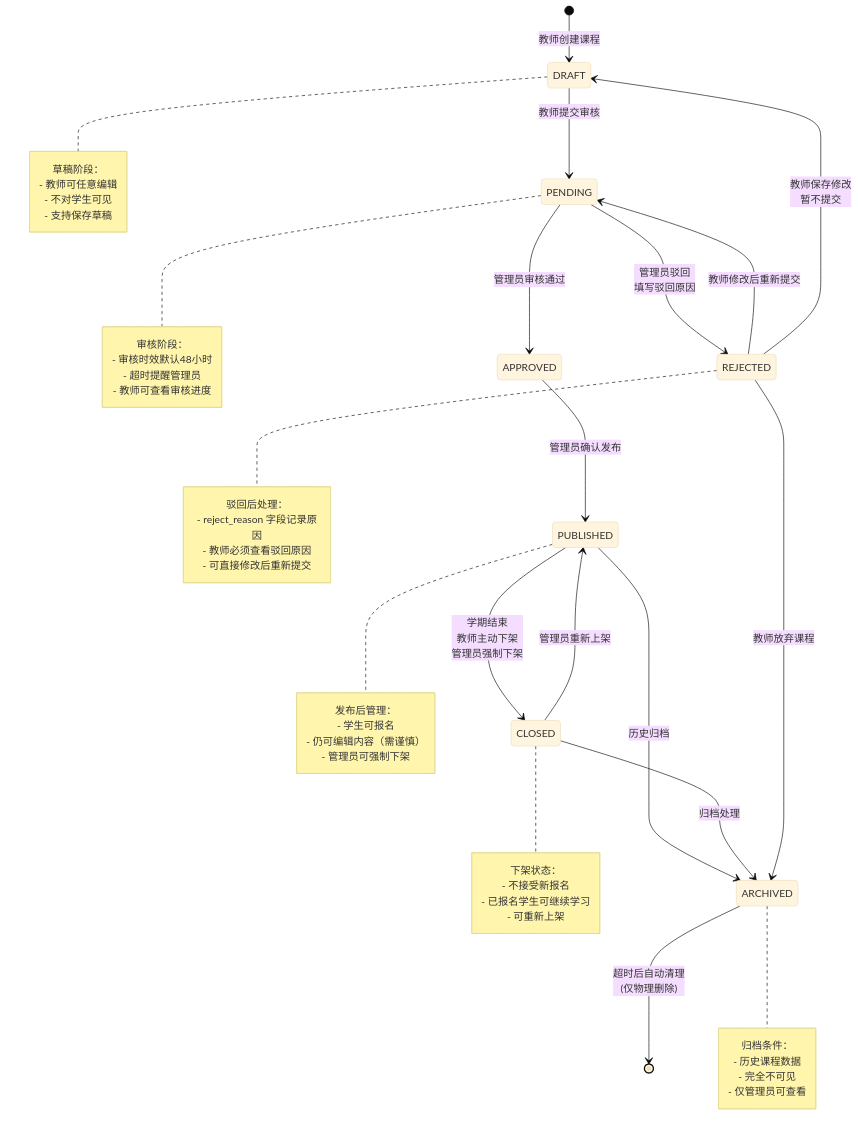
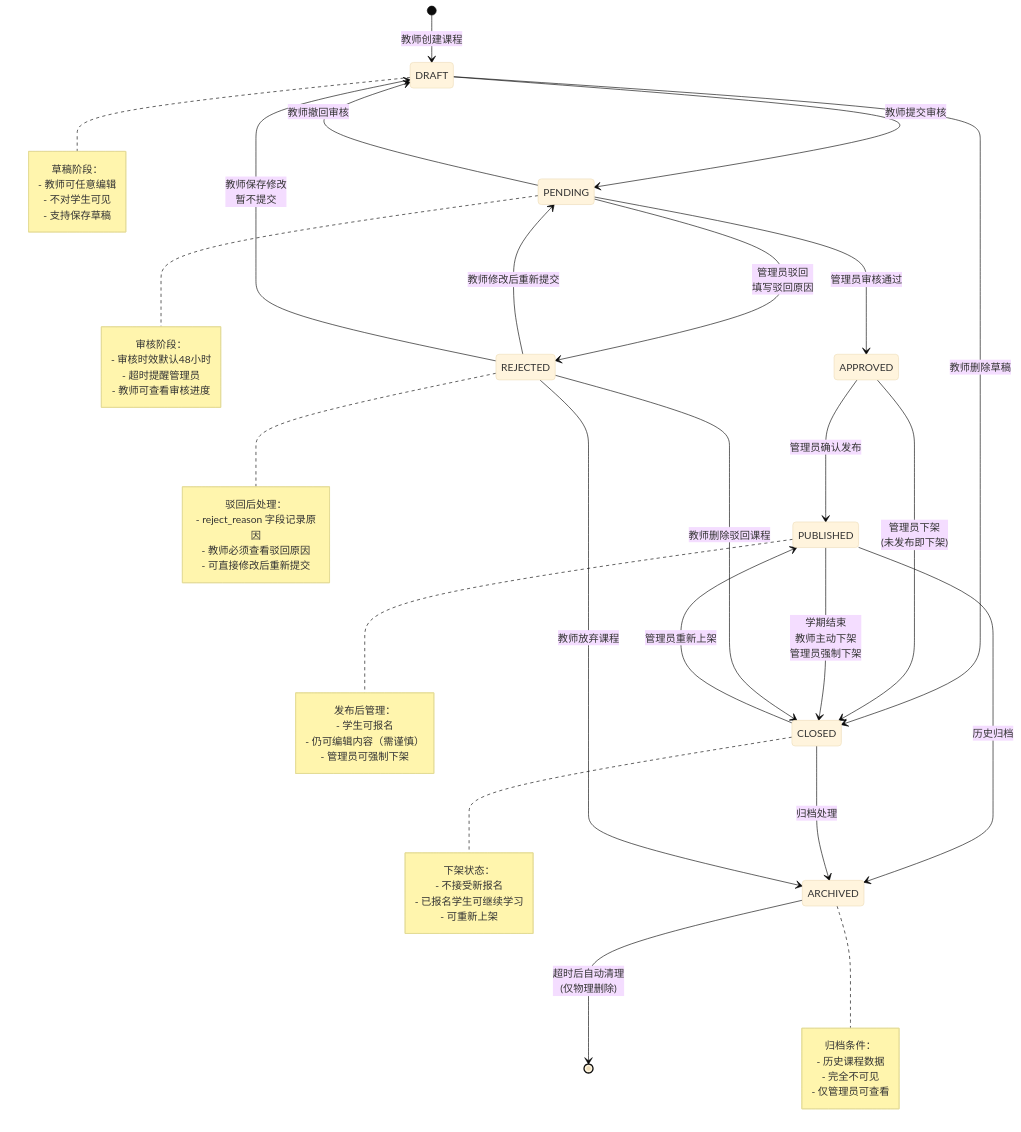
Before and after one commit to ailyedu2030/micro-course: the second of 8 diagrams in docs/状态机设计.md, drawn with Mermaid (base theme). The commit also changed 75 other files, not shown here.

````diff
--- a/docs/状态机设计.md
+++ b/docs/状态机设计.md
@@ -175,58 +175,62 @@
 ```mermaid
 stateDiagram-v2
     [*] --> DRAFT: 教师创建课程
     DRAFT --> PENDING: 教师提交审核
+    DRAFT --> CLOSED: 教师删除草稿
     PENDING --> APPROVED: 管理员审核通过
     PENDING --> REJECTED: 管理员驳回<br/>填写驳回原因
+    PENDING --> DRAFT: 教师撤回审核
     APPROVED --> PUBLISHED: 管理员确认发布
+    APPROVED --> CLOSED: 管理员下架<br/>(未发布即下架)
     PUBLISHED --> CLOSED: 学期结束<br/>教师主动下架<br/>管理员强制下架
     PUBLISHED --> ARCHIVED: 历史归档
     CLOSED --> PUBLISHED: 管理员重新上架
     CLOSED --> ARCHIVED: 归档处理
     REJECTED --> PENDING: 教师修改后重新提交
     REJECTED --> DRAFT: 教师保存修改<br/>暂不提交
+    REJECTED --> CLOSED: 教师删除驳回课程
     REJECTED --> ARCHIVED: 教师放弃课程
     ARCHIVED --> [*]: 超时后自动清理<br/>(仅物理删除)
 
     note right of DRAFT
         草稿阶段：
         - 教师可任意编辑
         - 不对学生可见
         - 支持保存草稿
     end note
 
     note right of PENDING
         审核阶段：
         - 审核时效默认48小时
         - 超时提醒管理员
         - 教师可查看审核进度
     end note
 
     note right of REJECTED
         驳回后处理：
         - reject_reason 字段记录原因
         - 教师必须查看驳回原因
         - 可直接修改后重新提交
     end note
 
     note right of PUBLISHED
         发布后管理：
         - 学生可报名
         - 仍可编辑内容（需谨慎）
         - 管理员可强制下架
     end note
 
     note right of CLOSED
         下架状态：
         - 不接受新报名
         - 已报名学生可继续学习
         - 可重新上架
     end note
 
     note right of ARCHIVED
         归档条件：
         - 历史课程数据
         - 完全不可见
         - 仅管理员可查看
     end note
 ```
````
